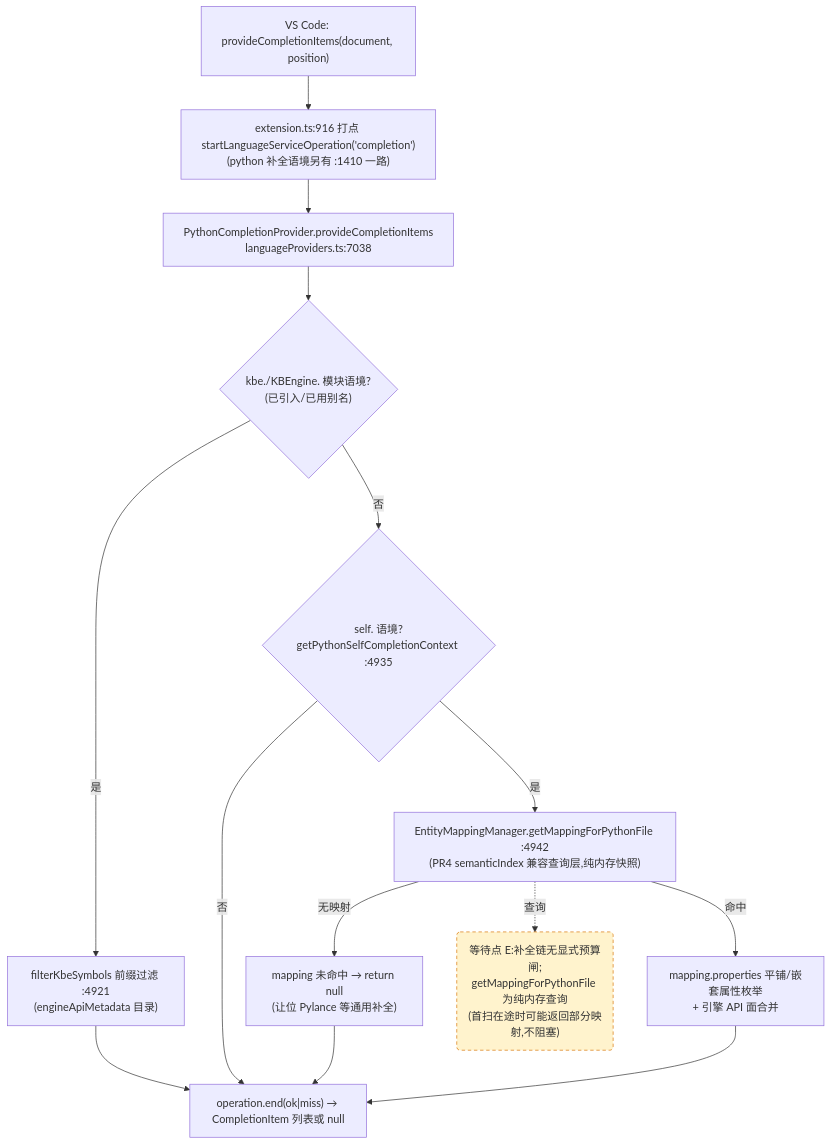
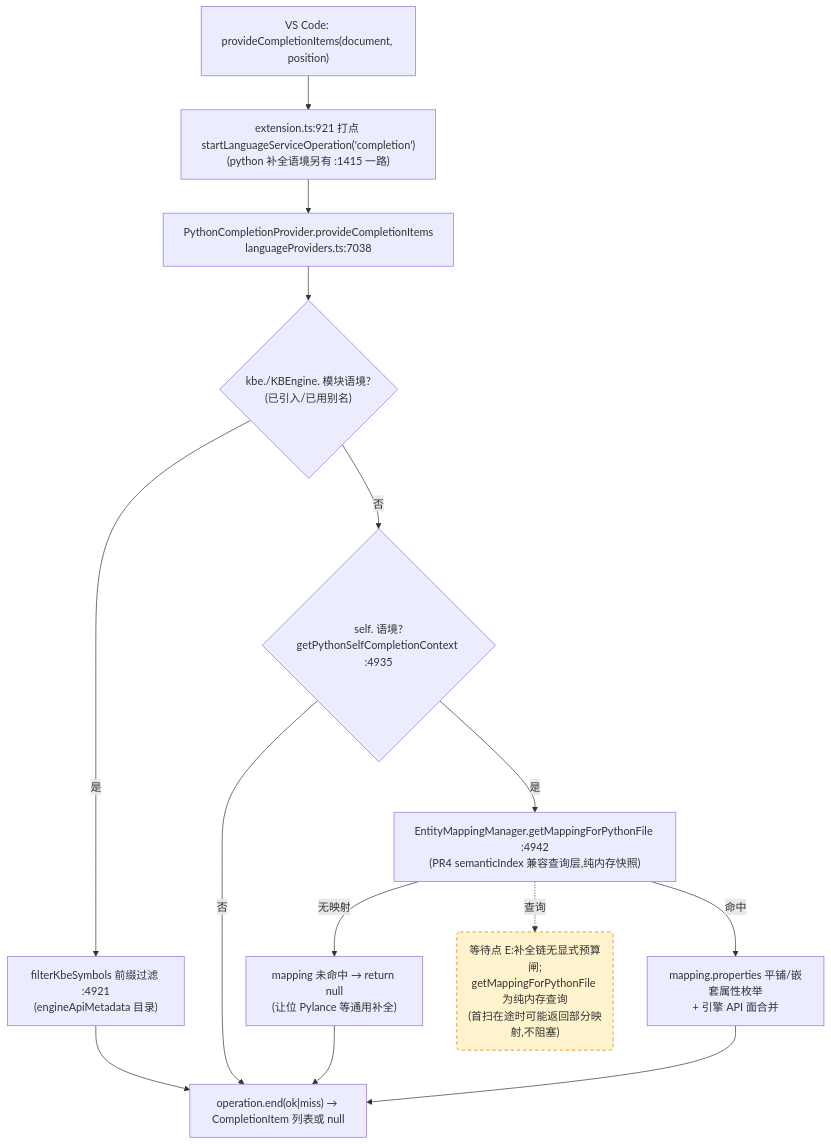
Before and after one commit to cuihairu/kode: the third of 4 diagrams in docs/perf/2026-baseline.md, drawn with Mermaid. The commit also changed other lines of this file and 7 other files, not shown here.

````diff
--- a/docs/perf/2026-baseline.md
+++ b/docs/perf/2026-baseline.md
@@ -184,27 +184,27 @@
 ```mermaid
 flowchart TD
   VC3["VS Code: provideCompletionItems(document, position)"]
-  M3["extension.ts:916 打点 startLanguageServiceOperation('completion')<br/>(python 补全语境另有 :1410 一路)"]
+  M3["extension.ts:921 打点 startLanguageServiceOperation('completion')<br/>(python 补全语境另有 :1415 一路)"]
   CP["PythonCompletionProvider.provideCompletionItems<br/>languageProviders.ts:7038"]
   KBEC{"kbe./KBEngine. 模块语境?<br/>(已引入/已用别名)"}
   FILTER["filterKbeSymbols 前缀过滤 :4921<br/>(engineApiMetadata 目录)"]
   SELFC{"self. 语境?<br/>getPythonSelfCompletionContext :4935"}
   MAP["EntityMappingManager.getMappingForPythonFile :4942<br/>(PR4 semanticIndex 兼容查询层,纯内存快照)"]
   NOMAP["mapping 未命中 → return null<br/>(让位 Pylance 等通用补全)"]
   PROPS["mapping.properties 平铺/嵌套属性枚举<br/>+ 引擎 API 面合并"]
   END3["operation.end(ok|miss) → CompletionItem 列表或 null"]
 
   VC3 --> M3 --> CP --> KBEC
   KBEC -- "是" --> FILTER --> END3
   KBEC -- "否" --> SELFC
   SELFC -- "否" --> END3
   SELFC -- "是" --> MAP
   MAP -- "无映射" --> NOMAP --> END3
   MAP -- "命中" --> PROPS --> END3
 
   WAITE("等待点 E:补全链无显式预算闸;<br/>getMappingForPythonFile 为纯内存查询<br/>(首扫在途时可能返回部分映射,不阻塞)")
   MAP -.->|查询| WAITE
 
   classDef waitPoint fill:#fff3cd,stroke:#d97706,stroke-dasharray:5 4;
   class WAITE waitPoint;
 ```
````
